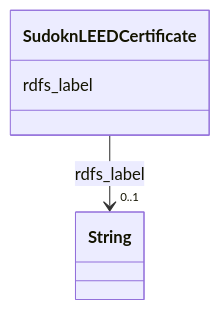
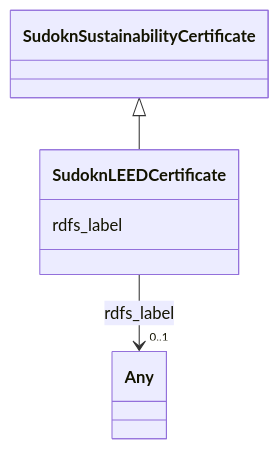
One commit to frink-okn/graph-descriptions changed the diagram in sudokn-kg/classes/SudoknLEEDCertificate.md. Above: the diagram before and after it, drawn with Mermaid. The commit also changed other lines of this file and 903 other files, not shown here.

````diff
--- a/sudokn-kg/classes/SudoknLEEDCertificate.md
+++ b/sudokn-kg/classes/SudoknLEEDCertificate.md
@@ -23,15 +18,18 @@
 ```mermaid
  classDiagram
     class SudoknLEEDCertificate
     click SudoknLEEDCertificate href "../SudoknLEEDCertificate"
+      SudoknSustainabilityCertificate <|-- SudoknLEEDCertificate
+        click SudoknSustainabilityCertificate href "../SudoknSustainabilityCertificate"
+      
       SudoknLEEDCertificate : rdfs_label
         
           
     
     
-    SudoknLEEDCertificate --> "0..1" String : rdfs_label
-    click String href "../String"
+    SudoknLEEDCertificate --> "0..1" Any : rdfs_label
+    click Any href "../Any"
 
         
       
 ```
````
